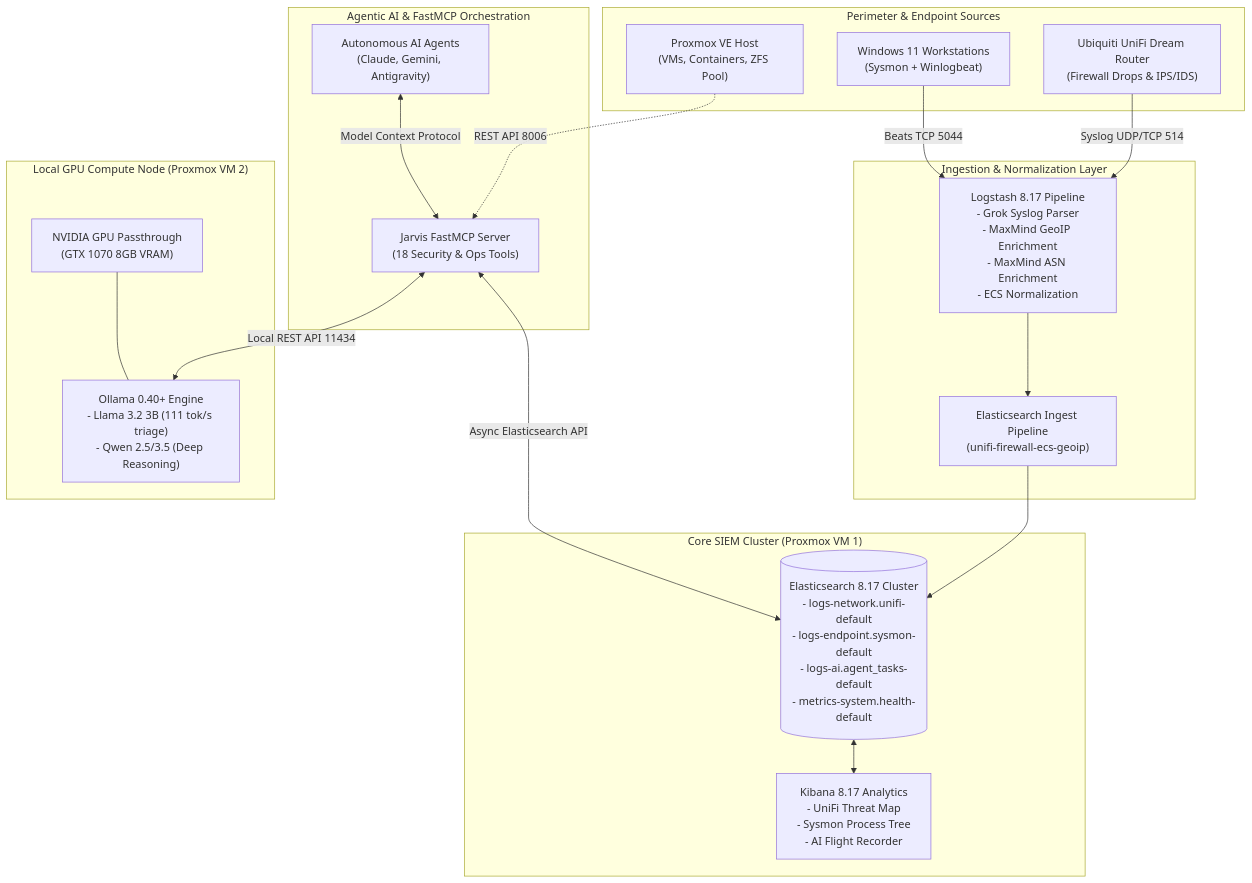
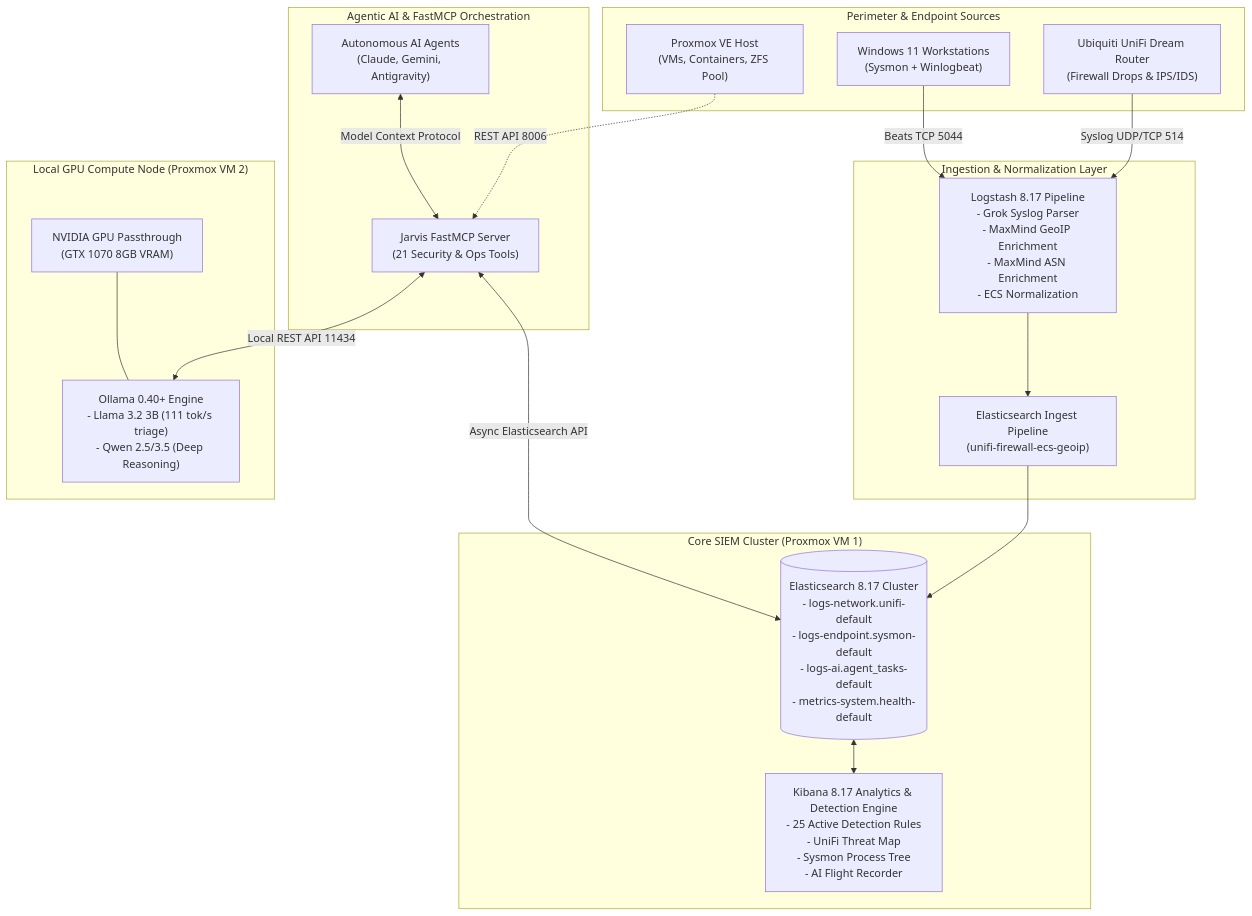
Before and after one commit to NullTrash/jarvis-secops-platform: the diagram in README.md, drawn with Mermaid. The commit also changed other lines of this file and 61 other files, not shown here.

First line of the commit message:
feat: add 3-stage Elastic detection rules curation pipeline and 25 deployed SIEM rules

````diff
--- a/README.md
+++ b/README.md
@@ -30,38 +31,38 @@
 ```mermaid
 flowchart TD
     subgraph Perimeter["Perimeter & Endpoint Sources"]
         UDR["Ubiquiti UniFi Dream Router\n(Firewall Drops & IPS/IDS)"]
         SYS["Windows 11 Workstations\n(Sysmon + Winlogbeat)"]
         PVE_HOST["Proxmox VE Host\n(VMs, Containers, ZFS Pool)"]
     end
 
     subgraph Ingestion["Ingestion & Normalization Layer"]
         LS["Logstash 8.17 Pipeline\n- Grok Syslog Parser\n- MaxMind GeoIP Enrichment\n- MaxMind ASN Enrichment\n- ECS Normalization"]
         IP["Elasticsearch Ingest Pipeline\n(unifi-firewall-ecs-geoip)"]
     end
 
     subgraph CoreSIEM["Core SIEM Cluster (Proxmox VM 1)"]
         ES[("Elasticsearch 8.17 Cluster\n- logs-network.unifi-default\n- logs-endpoint.sysmon-default\n- logs-ai.agent_tasks-default\n- metrics-system.health-default")]
-        KIB["Kibana 8.17 Analytics\n- UniFi Threat Map\n- Sysmon Process Tree\n- AI Flight Recorder"]
+        KIB["Kibana 8.17 Analytics & Detection Engine\n- 25 Active Detection Rules\n- UniFi Threat Map\n- Sysmon Process Tree\n- AI Flight Recorder"]
     end
 
     subgraph GPUCompute["Local GPU Compute Node (Proxmox VM 2)"]
         GPU["NVIDIA GPU Passthrough\n(GTX 1070 8GB VRAM)"]
         OLLAMA["Ollama 0.40+ Engine\n- Llama 3.2 3B (111 tok/s triage)\n- Qwen 2.5/3.5 (Deep Reasoning)"]
     end
 
     subgraph AgentLayer["Agentic AI & FastMCP Orchestration"]
-        MCP["Jarvis FastMCP Server\n(18 Security & Ops Tools)"]
+        MCP["Jarvis FastMCP Server\n(21 Security & Ops Tools)"]
         AI_AGENT["Autonomous AI Agents\n(Claude, Gemini, Antigravity)"]
     end
 
     UDR -->|Syslog UDP/TCP 514| LS
     SYS -->|Beats TCP 5044| LS
     PVE_HOST -.->|REST API 8006| MCP
     LS --> IP --> ES
     ES <--> KIB
     MCP <-->|Async Elasticsearch API| ES
     MCP <-->|Local REST API 11434| OLLAMA
     GPU --- OLLAMA
     AI_AGENT <-->|Model Context Protocol| MCP
 ```
````
